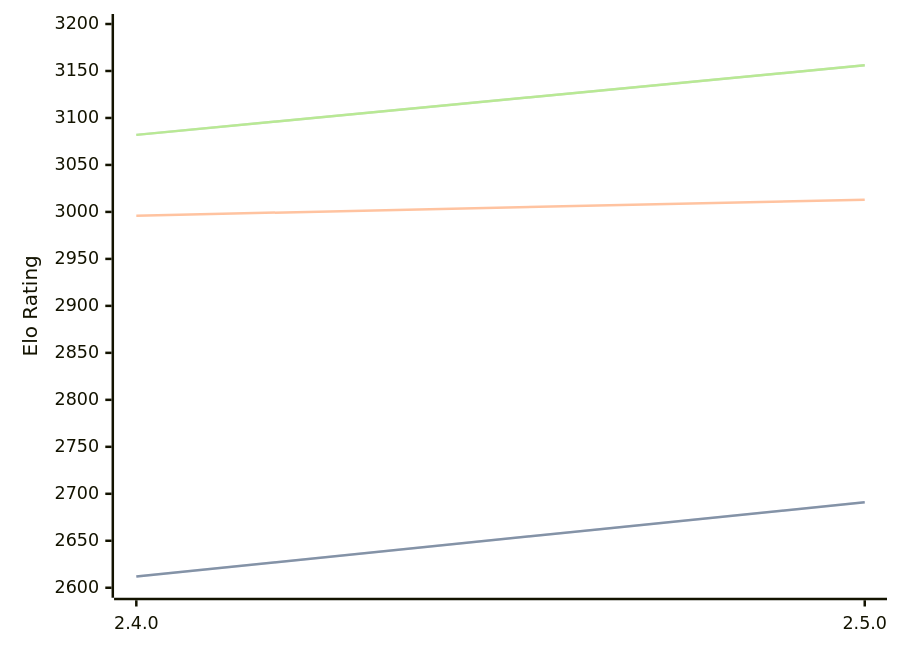
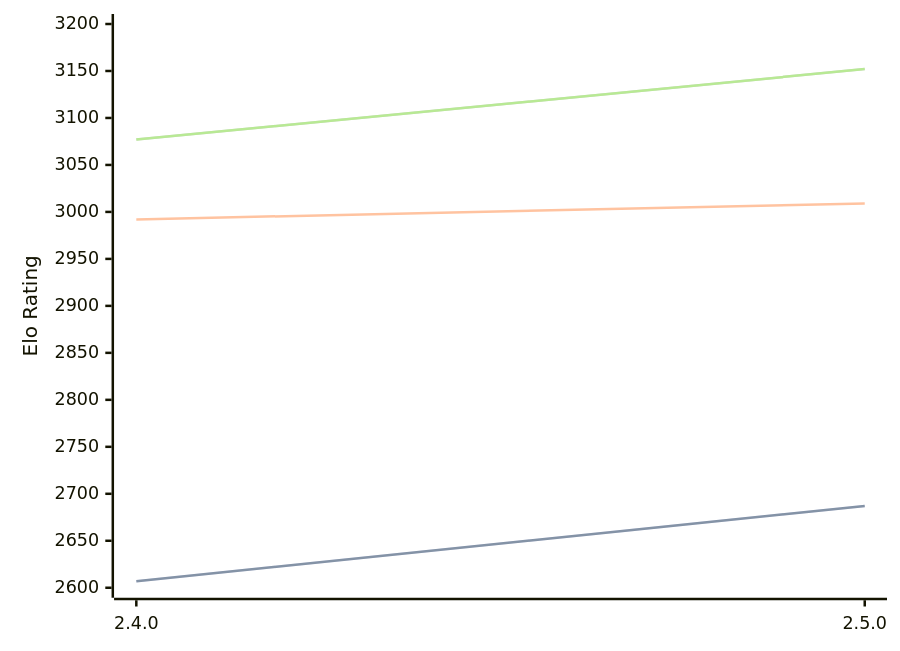
One commit to computer-chess-index/cci changed the first of 3 diagrams in engines/Sturddle2.md. Above: the diagram before and after it, drawn with Mermaid. The commit also changed other lines of this file, not shown here.

Commit message:
Update CCI Ratings (ELO VLTC) - 2026-07-16

````diff
--- a/engines/Sturddle2.md
+++ b/engines/Sturddle2.md
@@ -37,11 +37,11 @@
 ```mermaid
 %%{init: {"theme":"base","themeVariables":{"seriesColors:['#a3a3a3','#222221','#faa371']}}}%%
 xychart-beta
   x-axis ["2.4.0", "2.5.0"]
   y-axis "Elo Rating" 2600 --> 3200
-  line "STC (8.0+0.08s)" [2612, 2691]
-  line "STC (8.0+0.08s)" [2612, 2691]
-  line "LTC (60.0+0.60s)" [2996, 3013]
-  line "VLTC (2m24s+1.12s)" [3082, 3156]
-  line "VLTC (2m24s+1.12s)" [3082, 3156]
+  line "STC (8.0+0.08s)" [2607, 2687]
+  line "STC (8.0+0.08s)" [2607, 2687]
+  line "LTC (60.0+0.60s)" [2992, 3009]
+  line "VLTC (2m24s+1.12s)" [3077, 3152]
+  line "VLTC (2m24s+1.12s)" [3077, 3152]
 ```
````
